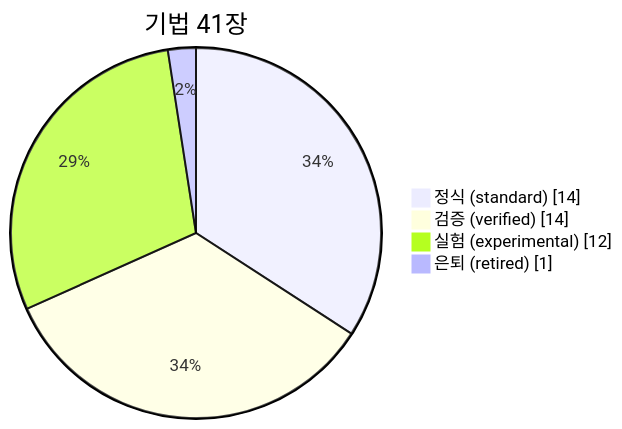
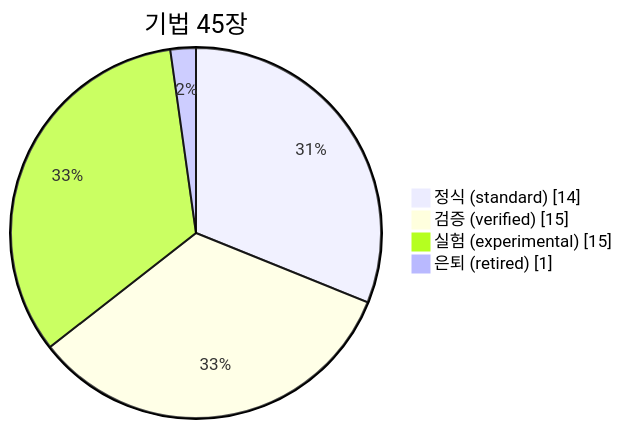
The diagram in README.md (csbakk/clone-kb), drawn with Mermaid before and after one commit. The commit also changed other lines of this file and 7 other files, not shown here.

````diff
--- a/README.md
+++ b/README.md
@@ -32,8 +32,8 @@
 ```mermaid
 pie showData
-    title 기법 41장
+    title 기법 45장
     "정식 (standard)" : 14
-    "검증 (verified)" : 14
-    "실험 (experimental)" : 12
+    "검증 (verified)" : 15
+    "실험 (experimental)" : 15
     "은퇴 (retired)" : 1
 ```
````
